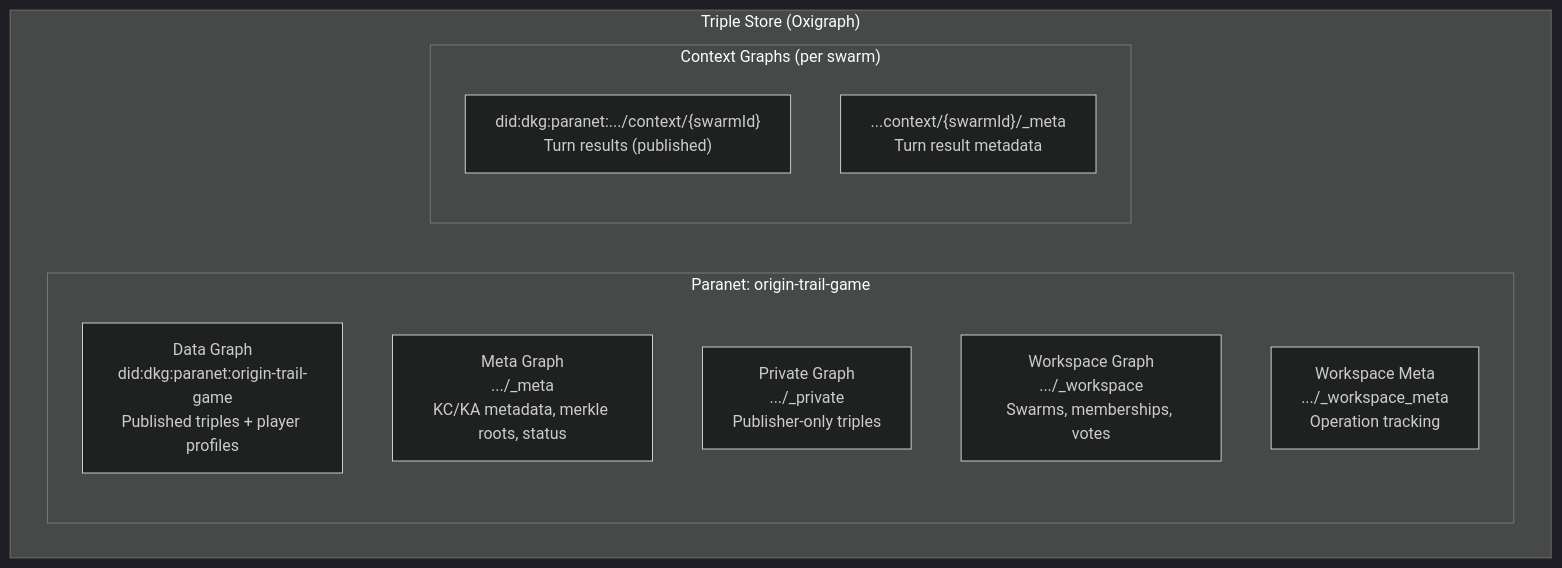
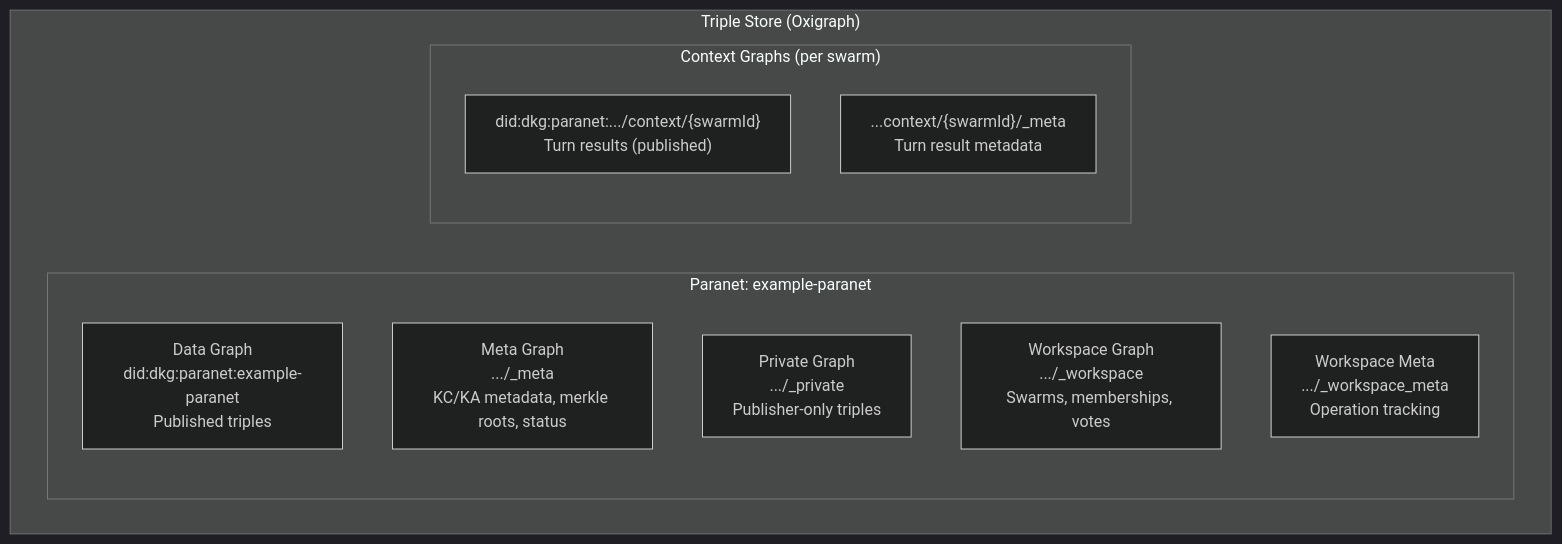
Before and after one commit to OriginTrail/dkg-v9: diagram 13 of 15 in docs/v9-protocol-operations.md, drawn with Mermaid (dark theme). The commit also changed other lines of this file and 89 other files, not shown here.

````diff
--- a/docs/v9-protocol-operations.md
+++ b/docs/v9-protocol-operations.md
@@ -969,17 +969,17 @@
 ```mermaid
 graph TB
     subgraph "Triple Store (Oxigraph)"
-        subgraph "Paranet: origin-trail-game"
-            DATA["Data Graph<br/>did:dkg:paranet:origin-trail-game<br/>Published triples + player profiles"]
+        subgraph "Paranet: example-paranet"
+            DATA["Data Graph<br/>did:dkg:paranet:example-paranet<br/>Published triples"]
             META["Meta Graph<br/>.../_meta<br/>KC/KA metadata, merkle roots, status"]
             PRIV["Private Graph<br/>.../_private<br/>Publisher-only triples"]
             WS["Workspace Graph<br/>.../_workspace<br/>Swarms, memberships, votes"]
             WS_META["Workspace Meta<br/>.../_workspace_meta<br/>Operation tracking"]
         end
 
         subgraph "Context Graphs (per swarm)"
             CTX["did:dkg:paranet:.../context/{swarmId}<br/>Turn results (published)"]
             CTX_META["...context/{swarmId}/_meta<br/>Turn result metadata"]
         end
     end
 ```
````
